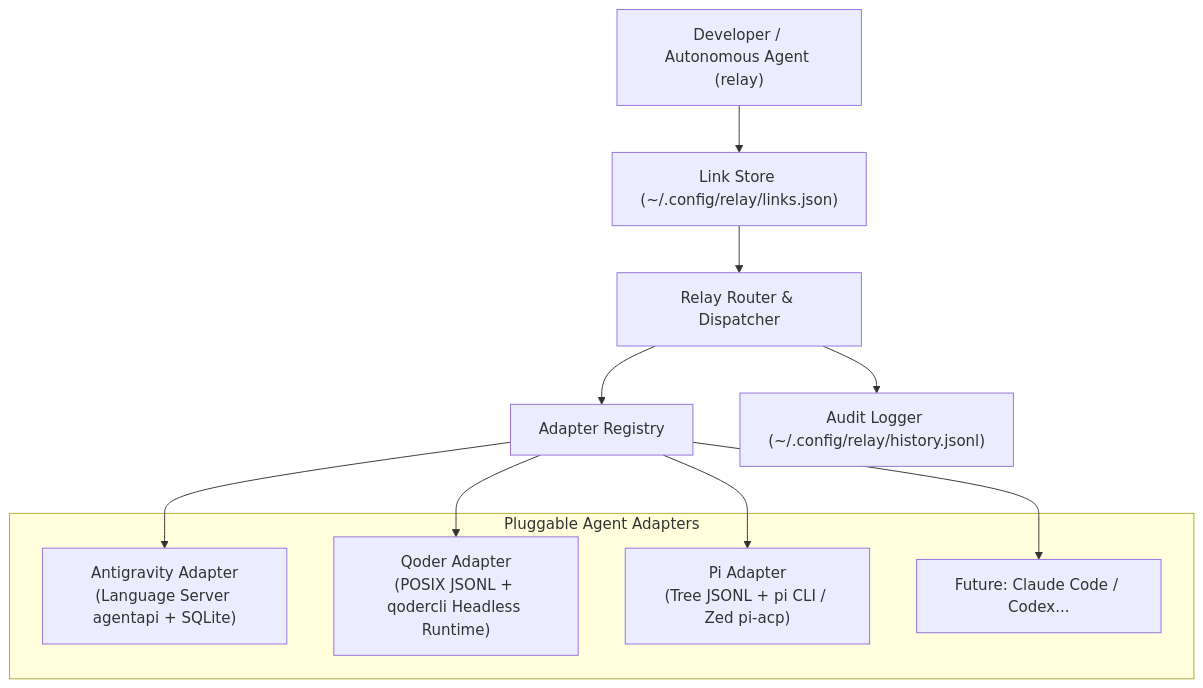
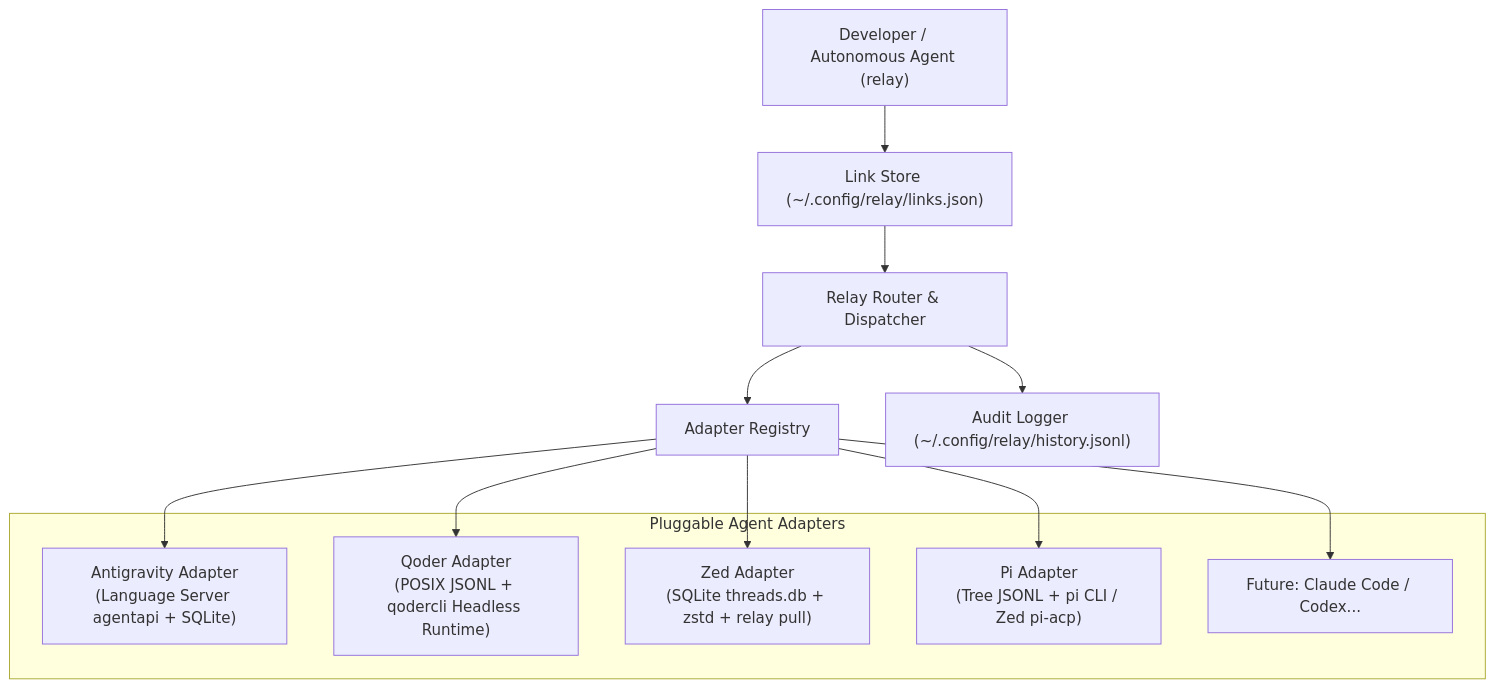
One commit to kamusis/relay changed the first of 2 diagrams in README.md. Above: the diagram before and after it, drawn with Mermaid. The commit also changed other lines of this file and 11 other files, not shown here.

First line of the commit message:
feat(zed): add read-only Zed native Agent adapter and update relay skill

````diff
--- a/README.md
+++ b/README.md
@@ -46,19 +46,21 @@
 ```mermaid
 graph TD
     User["Developer / Autonomous Agent (relay)"] --> LinkStore["Link Store (~/.config/relay/links.json)"]
     LinkStore --> Dispatcher["Relay Router & Dispatcher"]
     Dispatcher --> Registry["Adapter Registry"]
 
     subgraph Adapters ["Pluggable Agent Adapters"]
         AGY["Antigravity Adapter<br/>(Language Server agentapi + SQLite)"]
         Qoder["Qoder Adapter<br/>(POSIX JSONL + qodercli Headless Runtime)"]
+        Zed["Zed Adapter<br/>(SQLite threads.db + zstd + relay pull)"]
         Pi["Pi Adapter<br/>(Tree JSONL + pi CLI / Zed pi-acp)"]
         Future["Future: Claude Code / Codex..."]
     end
 
     Registry --> AGY
     Registry --> Qoder
+    Registry --> Zed
     Registry --> Pi
     Registry --> Future
     Dispatcher --> Hist["Audit Logger (~/.config/relay/history.jsonl)"]
 ```
````
